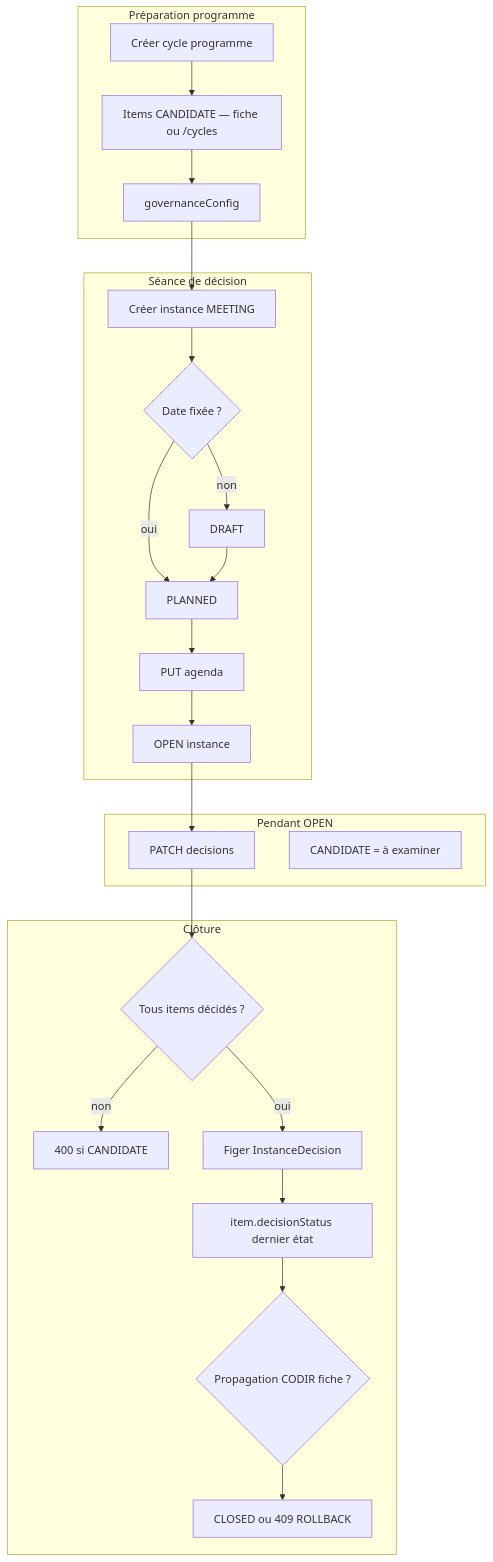
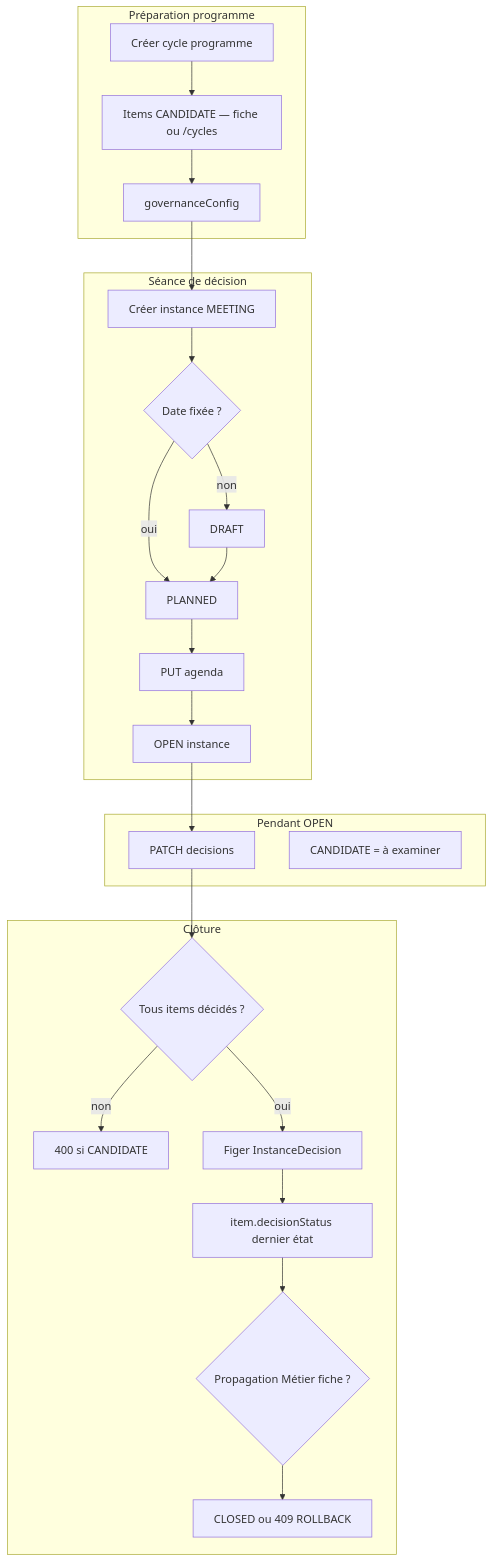
One commit to StephaneAtlani/starium-Orchestra changed the second of 5 diagrams in docs/RFC/RFC-PROJ-CYCLE-003 — Governance Cycle Instances and Configurable Propagation.md. Above: the diagram before and after it, drawn with Mermaid. The commit also changed other lines of this file and 27 other files, not shown here.

````diff
--- a/docs/RFC/RFC-PROJ-CYCLE-003 — Governance Cycle Instances and Configurable Propagation.md
+++ b/docs/RFC/RFC-PROJ-CYCLE-003 — Governance Cycle Instances and Configurable Propagation.md
@@ -908,39 +915,39 @@
 ```mermaid
 flowchart TB
   subgraph prep [Préparation programme]
     C1[Créer cycle programme]
     C2[Items CANDIDATE — fiche ou /cycles]
     C3[governanceConfig]
   end
 
   subgraph inst [Séance de décision]
     I1[Créer instance MEETING]
     I2{Date fixée ?}
     I3[DRAFT]
     I4[PLANNED]
     I5[PUT agenda]
     I6[OPEN instance]
   end
 
   subgraph arb [Pendant OPEN]
     A1[PATCH decisions]
     A2[CANDIDATE = à examiner]
   end
 
   subgraph close [Clôture]
     CL1{Tous items décidés ?}
     CL2[400 si CANDIDATE]
     CL3[Figer InstanceDecision]
     CL4[item.decisionStatus dernier état]
-    CL5{Propagation CODIR fiche ?}
+    CL5{Propagation Métier fiche ?}
     CL6[CLOSED ou 409 ROLLBACK]
   end
 
   C1 --> C2 --> C3 --> I1 --> I2
   I2 -->|non| I3
   I2 -->|oui| I4
   I3 --> I4
   I4 --> I5 --> I6 --> A1 --> CL1
   CL1 -->|non| CL2
   CL1 -->|oui| CL3 --> CL4 --> CL5 --> CL6
 ```
````
